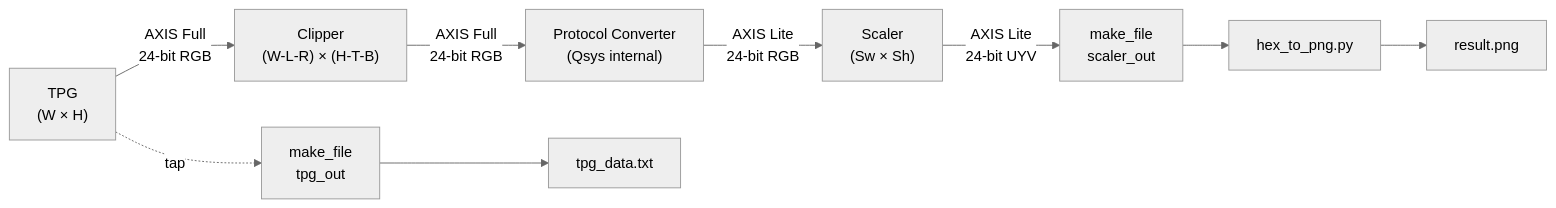
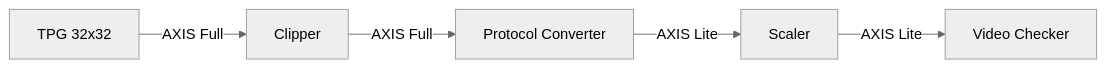
Before and after one commit to 10xEngineersTech/altera_video_pipeline: the diagram in README.md, drawn with Mermaid (neutral theme). The commit also changed other lines of this file, not shown here.

Commit message:
README 3

````diff
--- a/README.md
+++ b/README.md
@@ -39,11 +30,7 @@
 ```mermaid
 graph LR
-    A["TPG\n(W × H)"] -- "AXIS Full\n24-bit RGB" --> B["Clipper\n(W-L-R) × (H-T-B)"]
-    B -- "AXIS Full\n24-bit RGB" --> C["Protocol Converter\n(Qsys internal)"]
-    C -- "AXIS Lite\n24-bit RGB" --> D["Scaler\n(Sw × Sh)"]
-    D -- "AXIS Lite\n24-bit UYV" --> E["make_file\nscaler_out"]
-    E --> F["hex_to_png.py"]
-    F --> G["result.png"]
-    A -. "tap" .-> H["make_file\ntpg_out"]
-    H --> I["tpg_data.txt"]
+    A[TPG 32x32] -- "AXIS Full" --> B[Clipper]
+    B -- "AXIS Full" --> C[Protocol Converter]
+    C -- "AXIS Lite" --> D[Scaler]
+    D -- "AXIS Lite" --> E[Video Checker]
 ```
````
